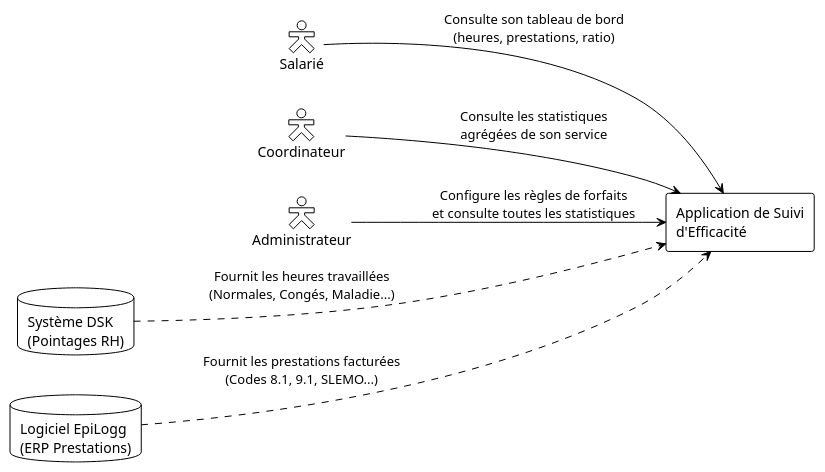
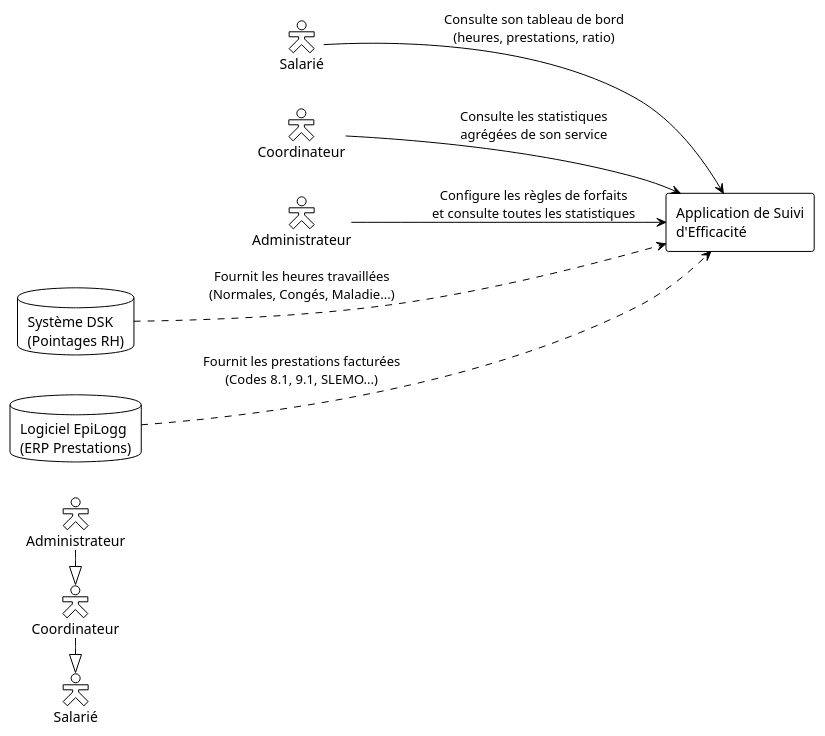
The diagram in diagramme_de_contexte.md (midjix/plantuml), drawn with PlantUML before and after one commit.

Commit message:
Add inheritance relationships for actors
Added inheritance declaration between actors in the context diagram.

````diff
--- a/diagramme_de_contexte.md
+++ b/diagramme_de_contexte.md
@@ -1,31 +1,35 @@
 ```plantuml
 @startuml
 !theme plain
 left to right direction
 skinparam packageStyle rectangle
 skinparam actorStyle hollow
 
 ' --- Acteurs Humains ---
 actor "Salarié" as sal
 actor "Coordinateur" as coord
 actor "Administrateur" as admin
+
+' Déclaration de l'héritage
+Coordinateur -|> Salarié
+Administrateur -|> Coordinateur
 
 ' --- Systèmes Externes ---
 database "Système DSK\n(Pointages RH)" as dsk
 database "Logiciel EpiLogg\n(ERP Prestations)" as epilogg
 
 ' --- Le Système Principal ---
 rectangle "Application de Suivi\nd'Efficacité" as app {
 }
 
 ' --- Interactions Acteurs <-> Système ---
 sal --> app : Consulte son tableau de bord\n(heures, prestations, ratio)
 coord --> app : Consulte les statistiques\nagrégées de son service
 admin --> app : Configure les règles de forfaits\net consulte toutes les statistiques
 
 ' --- Interactions Systèmes <-> Système ---
 dsk ...> app : Fournit les heures travaillées\n(Normales, Congés, Maladie...)
 epilogg ...> app : Fournit les prestations facturées\n(Codes 8.1, 9.1, SLEMO...)
 
 @enduml
 ``` 
````
